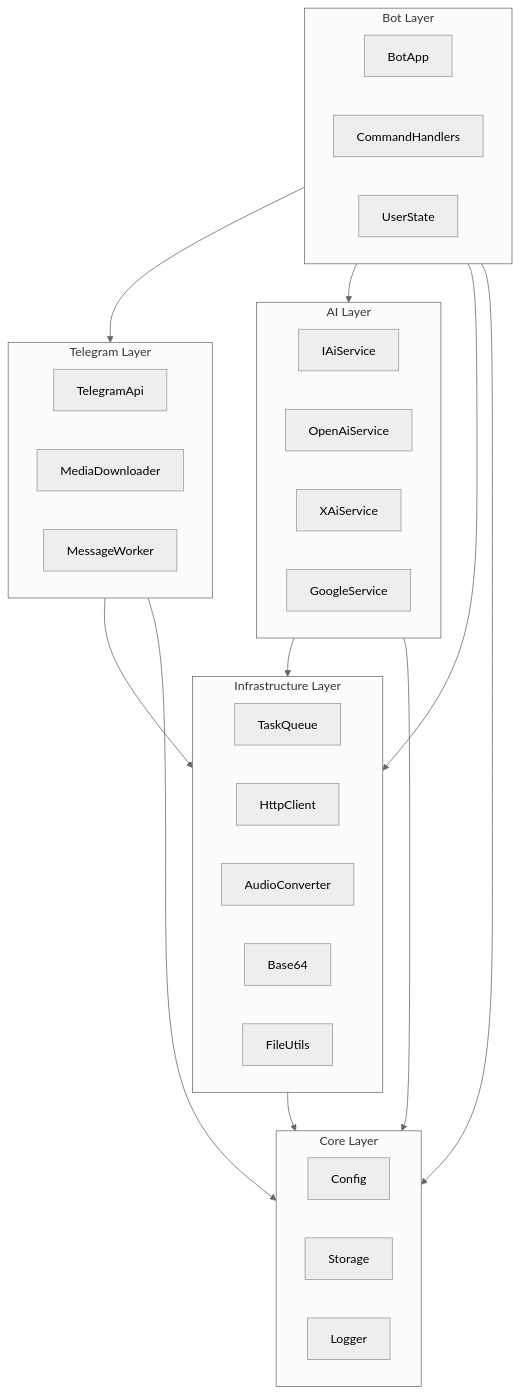
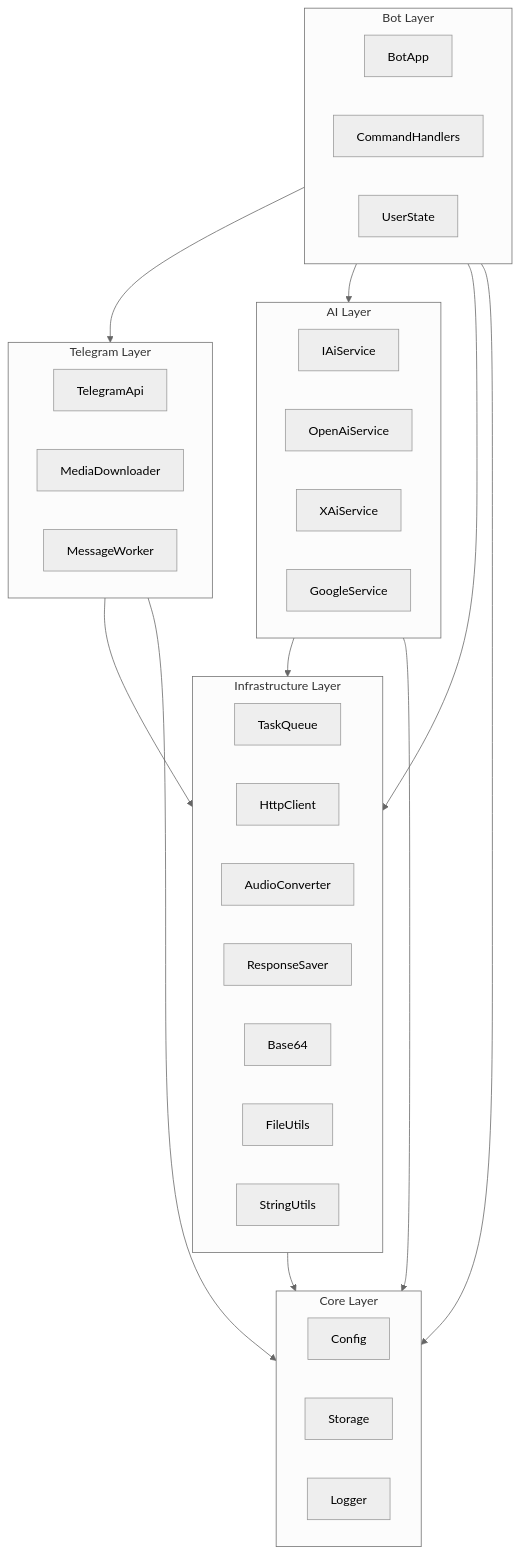
Before and after one commit to dersergioni/MyBuddyBot: the first of 2 diagrams in docs/ARCHITECTURE.md, drawn with Mermaid (neutral theme). The commit also changed 27 other files, not shown here.

````diff
--- a/docs/ARCHITECTURE.md
+++ b/docs/ARCHITECTURE.md
@@ -9,45 +9,47 @@
 ```mermaid
 graph TD
     subgraph Bot["Bot Layer"]
         BotApp
         CommandHandlers
         UserState
     end
 
     subgraph Telegram["Telegram Layer"]
         TelegramApi
         MediaDownloader
         MessageWorker
     end
 
     subgraph AI["AI Layer"]
         IAiService
         OpenAiService
         XAiService
         GoogleService
     end
 
     subgraph Infra["Infrastructure Layer"]
         TaskQueue
         HttpClient
         AudioConverter
+        ResponseSaver
         Base64
         FileUtils
+        StringUtils
     end
 
     subgraph Core["Core Layer"]
         Config
         Storage
         Logger
     end
 
     Bot --> Telegram
     Bot --> AI
     Bot --> Infra
     Bot --> Core
     Telegram --> Infra
     Telegram --> Core
     AI --> Infra
     AI --> Core
     Infra --> Core
 ```
````
